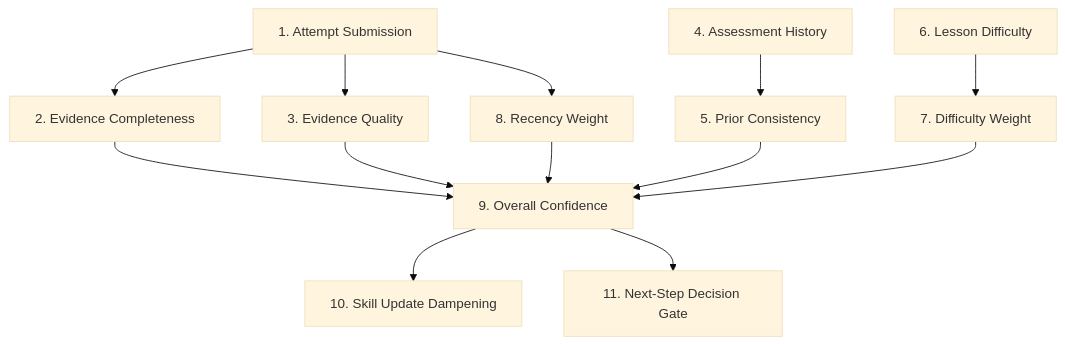
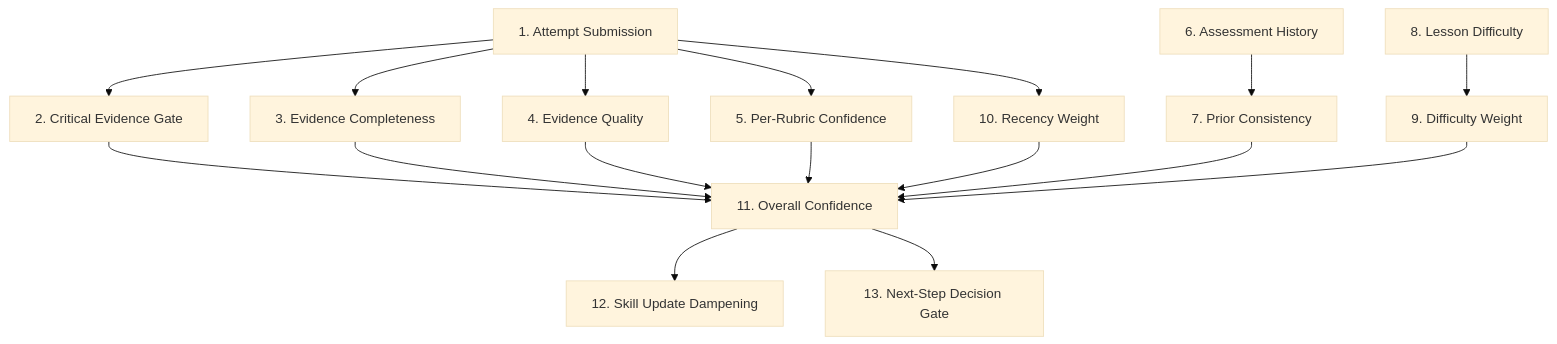
Before and after one commit to melaniesifen/RustSensei: the diagram in docs/lld-confidence-measuring.md, drawn with Mermaid (base theme). The commit also changed other lines of this file and 4 other files, not shown here.

````diff
--- a/docs/lld-confidence-measuring.md
+++ b/docs/lld-confidence-measuring.md
@@ -233,15 +354,19 @@
 ```mermaid
 flowchart TD
-    Attempt["1. Attempt Submission"] --> Complete["2. Evidence Completeness"]
-    Attempt --> Quality["3. Evidence Quality"]
-    History["4. Assessment History"] --> Consistency["5. Prior Consistency"]
-    Lesson["6. Lesson Difficulty"] --> Difficulty["7. Difficulty Weight"]
-    Attempt --> Recency["8. Recency Weight"]
-    Complete --> Overall["9. Overall Confidence"]
+    Attempt["1. Attempt Submission"] --> Gate["2. Critical Evidence Gate"]
+    Attempt --> Complete["3. Evidence Completeness"]
+    Attempt --> Quality["4. Evidence Quality"]
+    Attempt --> Rubric["5. Per-Rubric Confidence"]
+    History["6. Assessment History"] --> Consistency["7. Prior Consistency"]
+    Lesson["8. Lesson Difficulty"] --> Difficulty["9. Difficulty Weight"]
+    Attempt --> Recency["10. Recency Weight"]
+    Gate --> Overall["11. Overall Confidence"]
+    Rubric --> Overall
     Quality --> Overall
+    Complete --> Overall
     Consistency --> Overall
     Difficulty --> Overall
     Recency --> Overall
-    Overall --> Update["10. Skill Update Dampening"]
-    Overall --> Decision["11. Next-Step Decision Gate"]
+    Overall --> Update["12. Skill Update Dampening"]
+    Overall --> Decision["13. Next-Step Decision Gate"]
 ```
````
